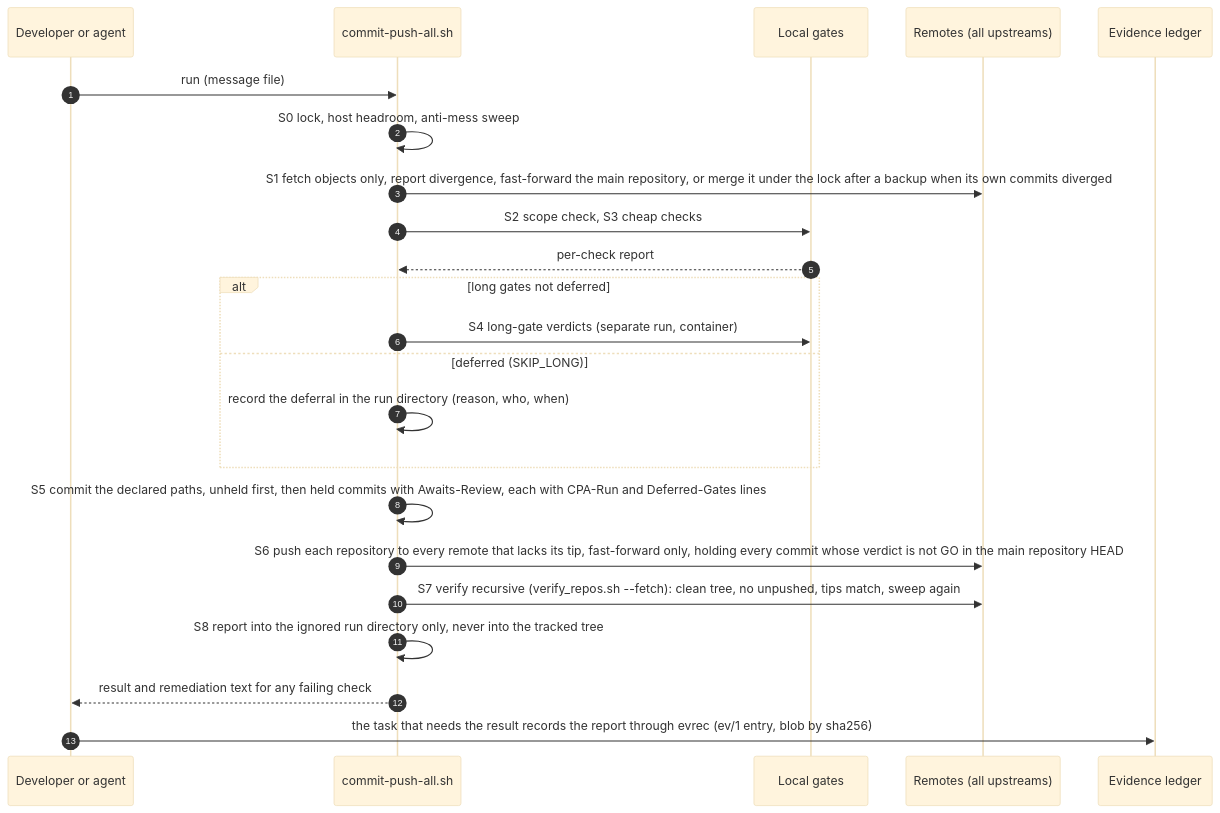
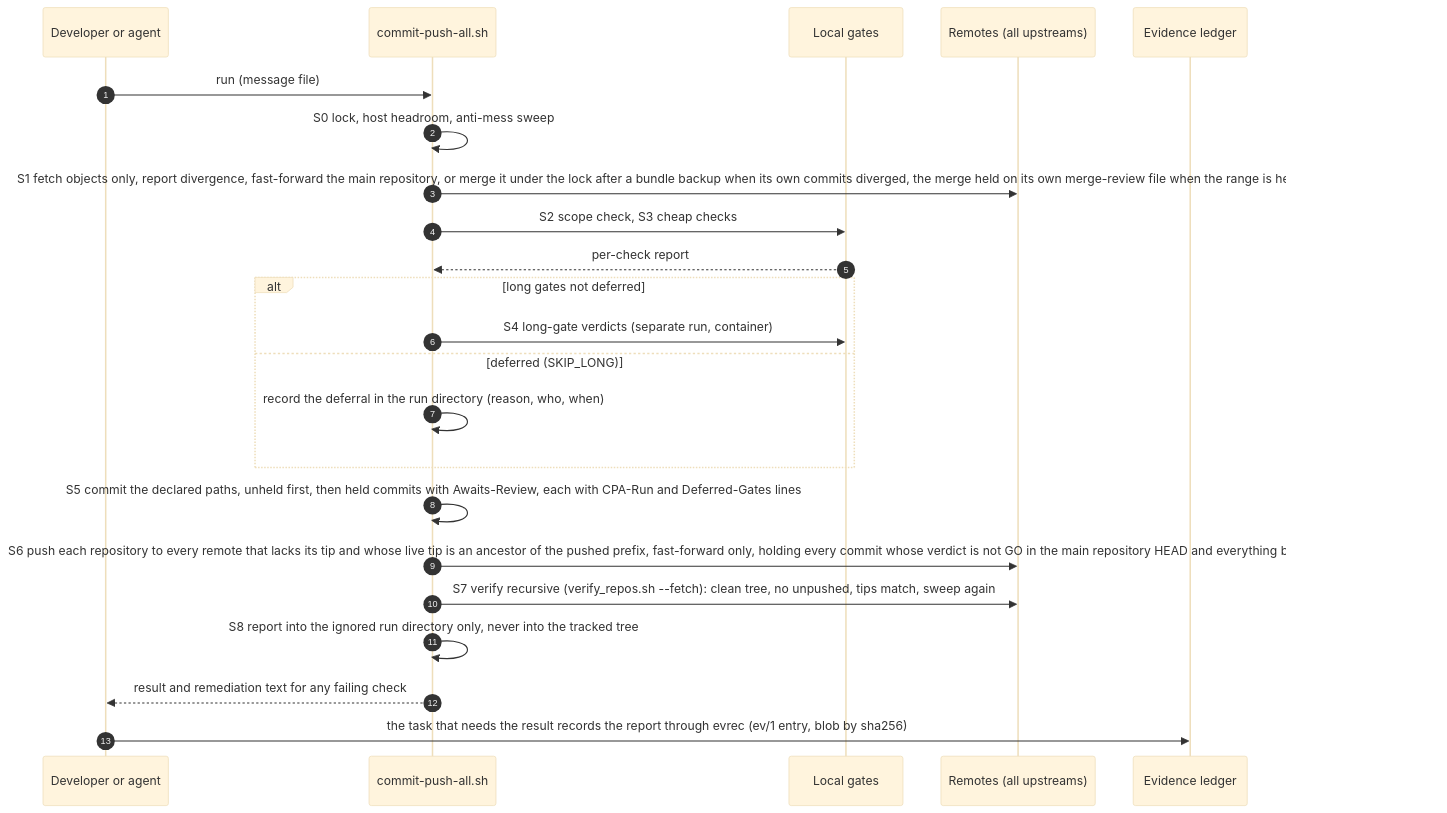
The sixth of 6 diagrams in specs/001-full-project-audit-remediation/docs/12-helixqa-challenges-and-governance-plan.md (vasic-digital/catalogizer), drawn with Mermaid (base theme) before and after one commit. The commit also changed other lines of this file and 21 other files, not shown here.

First line of the commit message:
docs(spec): wave 11b - documents reconciled to tasks.md rev 11 (docs 16/12/11/15/01/13/03/10/19, 02/04/06/21, schemas, plan index)

````diff
--- a/specs/001-full-project-audit-remediation/docs/12-helixqa-challenges-and-governance-plan.md
+++ b/specs/001-full-project-audit-remediation/docs/12-helixqa-challenges-and-governance-plan.md
@@ -1381,25 +1381,25 @@
 ```mermaid
 sequenceDiagram
   autonumber
   participant D as Developer or agent
   participant S as commit-push-all.sh
   participant G as Local gates
   participant R as Remotes (all upstreams)
   participant E as Evidence ledger
   D->>S: run (message file)
   S->>S: S0 lock, host headroom, anti-mess sweep
-  S->>R: S1 fetch objects only, report divergence, fast-forward the main repository, or merge it under the lock after a backup when its own commits diverged
+  S->>R: S1 fetch objects only, report divergence, fast-forward the main repository, or merge it under the lock after a bundle backup when its own commits diverged, the merge held on its own merge-review file when the range is held or it resolved conflicts
   S->>G: S2 scope check, S3 cheap checks
   G-->>S: per-check report
   alt long gates not deferred
     S->>G: S4 long-gate verdicts (separate run, container)
   else deferred (SKIP_LONG)
     S->>S: record the deferral in the run directory (reason, who, when)
   end
   S->>S: S5 commit the declared paths, unheld first, then held commits with Awaits-Review, each with CPA-Run and Deferred-Gates lines
-  S->>R: S6 push each repository to every remote that lacks its tip, fast-forward only, holding every commit whose verdict is not GO in the main repository HEAD
+  S->>R: S6 push each repository to every remote that lacks its tip and whose live tip is an ancestor of the pushed prefix, fast-forward only, holding every commit whose verdict is not GO in the main repository HEAD and everything below an unreleased merge
   S->>R: S7 verify recursive (verify_repos.sh --fetch): clean tree, no unpushed, tips match, sweep again
   S->>S: S8 report into the ignored run directory only, never into the tracked tree
   S-->>D: result and remediation text for any failing check
   D->>E: the task that needs the result records the report through evrec (ev/1 entry, blob by sha256)
 ```
````
